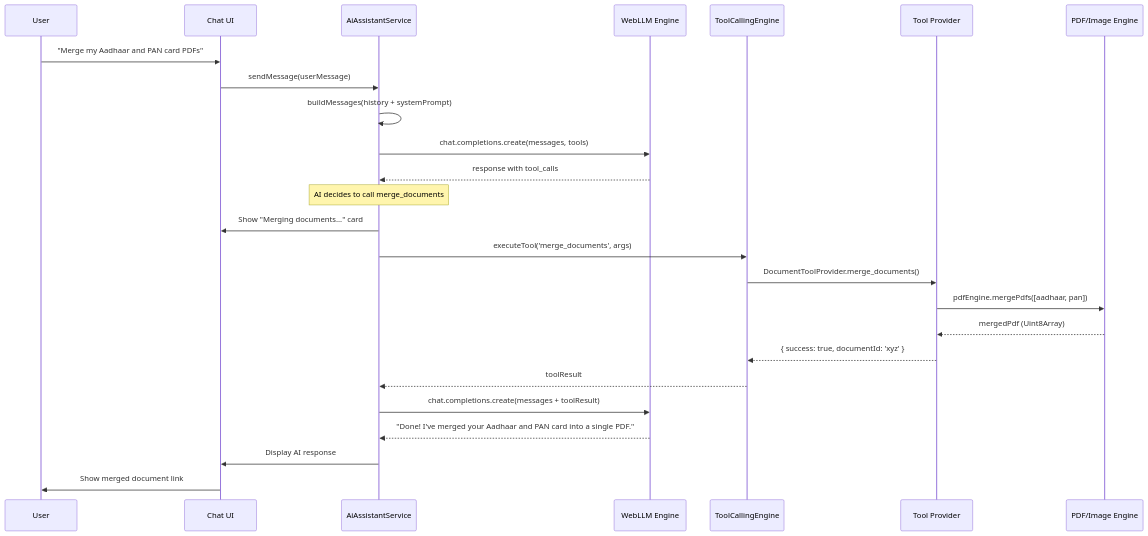
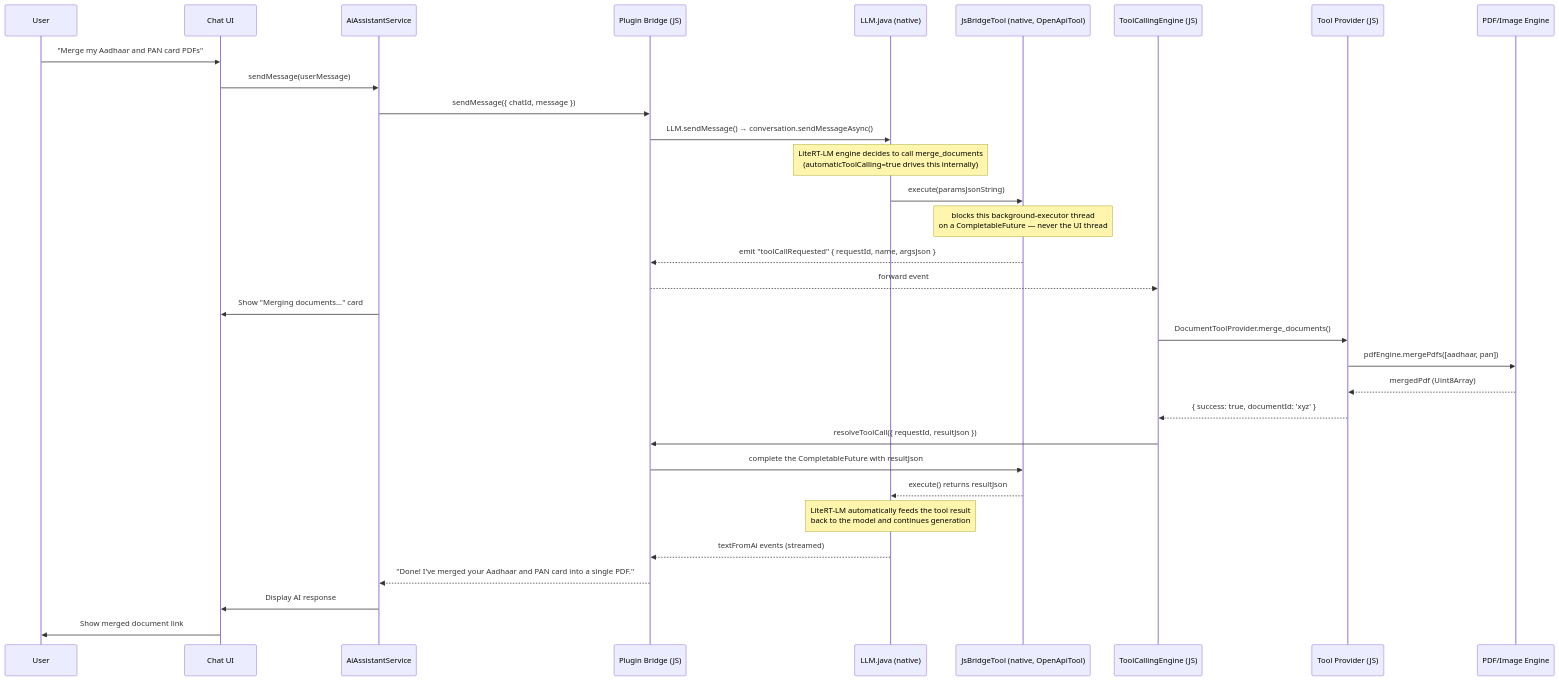
The third of 5 diagrams in docs/architecture/05-ai-assistant-module.md (omanandswami2005/project-kagazzz), drawn with Mermaid before and after one commit. The commit also changed other lines of this file and 1 other file, not shown here.

First line of the commit message:
docs(ai-assistant): switch F-13's engine from WebLLM to LiteRT-LM

````diff
--- a/docs/architecture/05-ai-assistant-module.md
+++ b/docs/architecture/05-ai-assistant-module.md
@@ -213,32 +218,39 @@
 ```mermaid
 sequenceDiagram
     participant User
     participant Chat as Chat UI
     participant AI as AiAssistantService
-    participant LLM as WebLLM Engine
-    participant TC as ToolCallingEngine
-    participant Tool as Tool Provider
+    participant Bridge as Plugin Bridge (JS)
+    participant Native as LLM.java (native)
+    participant JBT as JsBridgeTool (native, OpenApiTool)
+    participant TC as ToolCallingEngine (JS)
+    participant Tool as Tool Provider (JS)
     participant Engine as PDF/Image Engine
 
     User->>Chat: "Merge my Aadhaar and PAN card PDFs"
     Chat->>AI: sendMessage(userMessage)
-    AI->>AI: buildMessages(history + systemPrompt)
-    AI->>LLM: chat.completions.create(messages, tools)
-    LLM-->>AI: response with tool_calls
+    AI->>Bridge: sendMessage({ chatId, message })
+    Bridge->>Native: LLM.sendMessage() → conversation.sendMessageAsync()
 
-    Note over AI: AI decides to call merge_documents
+    Note over Native: LiteRT-LM engine decides to call merge_documents<br/>(automaticToolCalling=true drives this internally)
+    Native->>JBT: execute(paramsJsonString)
+    Note over JBT: blocks this background-executor thread<br/>on a CompletableFuture — never the UI thread
 
+    JBT-->>Bridge: emit "toolCallRequested" { requestId, name, argsJson }
+    Bridge-->>TC: forward event
     AI->>Chat: Show "Merging documents..." card
-    AI->>TC: executeTool('merge_documents', args)
     TC->>Tool: DocumentToolProvider.merge_documents()
     Tool->>Engine: pdfEngine.mergePdfs([aadhaar, pan])
     Engine-->>Tool: mergedPdf (Uint8Array)
     Tool-->>TC: { success: true, documentId: 'xyz' }
-    TC-->>AI: toolResult
+    TC->>Bridge: resolveToolCall({ requestId, resultJson })
+    Bridge->>JBT: complete the CompletableFuture with resultJson
+    JBT-->>Native: execute() returns resultJson
 
-    AI->>LLM: chat.completions.create(messages + toolResult)
-    LLM-->>AI: "Done! I've merged your Aadhaar and PAN card into a single PDF."
+    Note over Native: LiteRT-LM automatically feeds the tool result<br/>back to the model and continues generation
 
+    Native-->>Bridge: textFromAi events (streamed)
+    Bridge-->>AI: "Done! I've merged your Aadhaar and PAN card into a single PDF."
     AI->>Chat: Display AI response
     Chat->>User: Show merged document link
 ```
````
